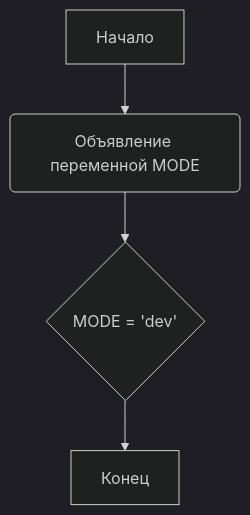
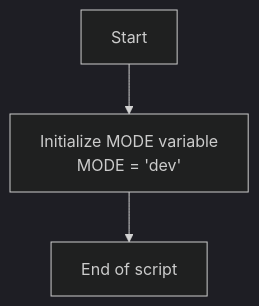
Before and after one commit to hypo69/hypo: the diagram in docs/gemini/ru/explainer/src/_examples/quick_start.py.md, drawn with Mermaid (dark theme). The commit also changed other lines of this file and 3338 other files, not shown here.

````diff
--- a/docs/gemini/ru/explainer/src/_examples/quick_start.py.md
+++ b/docs/gemini/ru/explainer/src/_examples/quick_start.py.md
@@ -14,6 +20,5 @@
 ```mermaid
-graph TD
-    A[Начало] --> B(Объявление переменной MODE);
-    B --> C{MODE = 'dev'};
-    C --> D[Конец];
+flowchart TD
+    Start --> InitializeModeVariable[Initialize MODE variable <br> MODE = 'dev']
+    InitializeModeVariable --> End[End of script]
 ```
````
